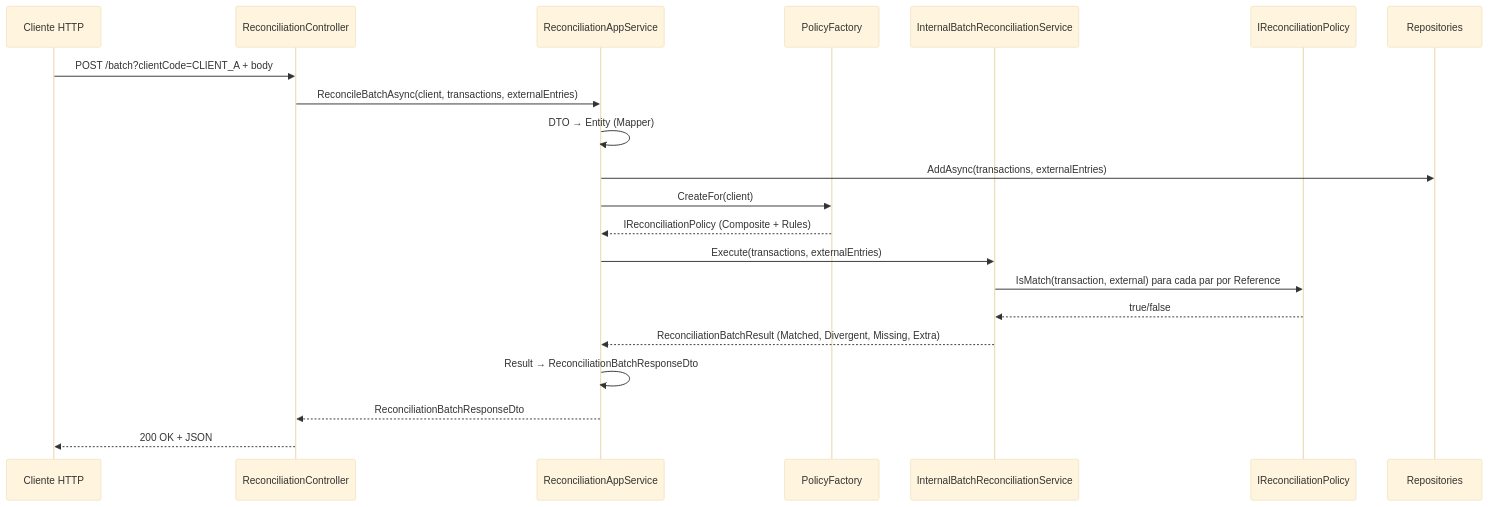
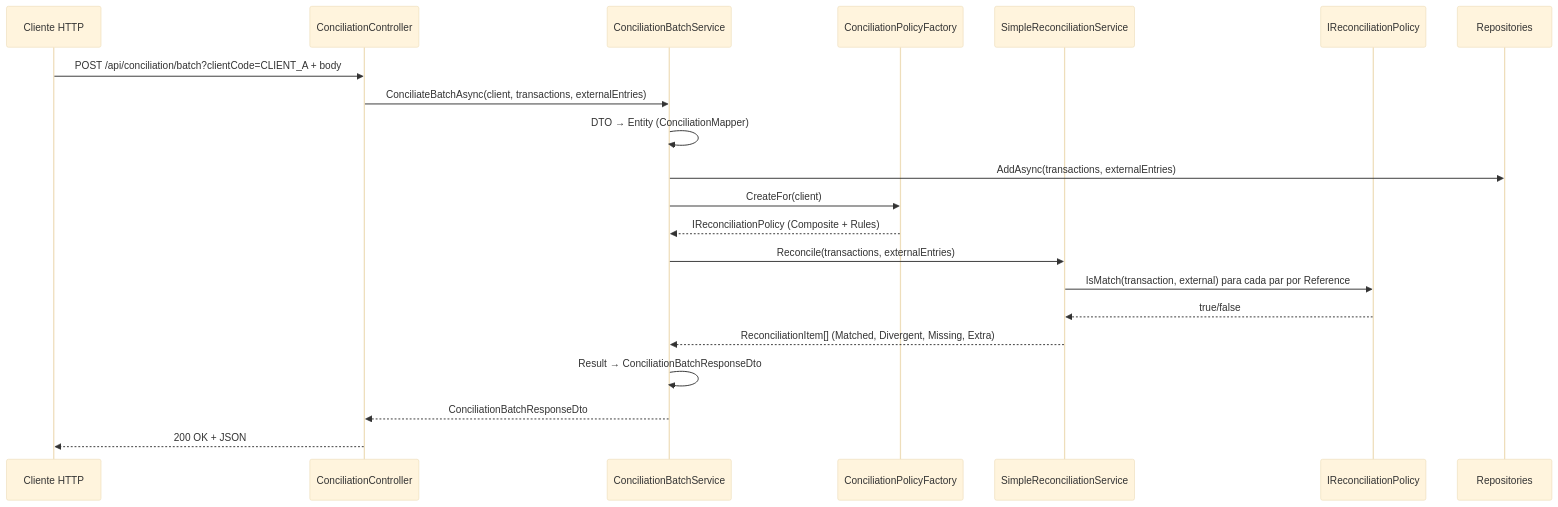
Before and after one commit to awernek/Conciliacao: the first of 3 diagrams in docs/ARQUITETURA-E-FLUXO-CONCILIACAO.md, drawn with Mermaid (base theme). The commit also changed other lines of this file and 40 other files, not shown here.

First line of the commit message:
feat: implement batch reconciliation flow and refactor API structure

````diff
--- a/docs/ARQUITETURA-E-FLUXO-CONCILIACAO.md
+++ b/docs/ARQUITETURA-E-FLUXO-CONCILIACAO.md
@@ -286,24 +284,24 @@
 ```mermaid
 sequenceDiagram
     participant C as Cliente HTTP
-    participant API as ReconciliationController
-    participant App as ReconciliationAppService
-    participant Fac as PolicyFactory
-    participant Batch as InternalBatchReconciliationService
+    participant API as ConciliationController
+    participant App as ConciliationBatchService
+    participant Fac as ConciliationPolicyFactory
+    participant Batch as SimpleReconciliationService
     participant Pol as IReconciliationPolicy
     participant Repo as Repositories
 
-    C->>API: POST /batch?clientCode=CLIENT_A + body
-    API->>App: ReconcileBatchAsync(client, transactions, externalEntries)
-    App->>App: DTO → Entity (Mapper)
+    C->>API: POST /api/conciliation/batch?clientCode=CLIENT_A + body
+    API->>App: ConciliateBatchAsync(client, transactions, externalEntries)
+    App->>App: DTO → Entity (ConciliationMapper)
     App->>Repo: AddAsync(transactions, externalEntries)
     App->>Fac: CreateFor(client)
     Fac-->>App: IReconciliationPolicy (Composite + Rules)
-    App->>Batch: Execute(transactions, externalEntries)
+    App->>Batch: Reconcile(transactions, externalEntries)
     Batch->>Pol: IsMatch(transaction, external) para cada par por Reference
     Pol-->>Batch: true/false
-    Batch-->>App: ReconciliationBatchResult (Matched, Divergent, Missing, Extra)
-    App->>App: Result → ReconciliationBatchResponseDto
-    App-->>API: ReconciliationBatchResponseDto
+    Batch-->>App: ReconciliationItem[] (Matched, Divergent, Missing, Extra)
+    App->>App: Result → ConciliationBatchResponseDto
+    App-->>API: ConciliationBatchResponseDto
     API-->>C: 200 OK + JSON
 ```
````
